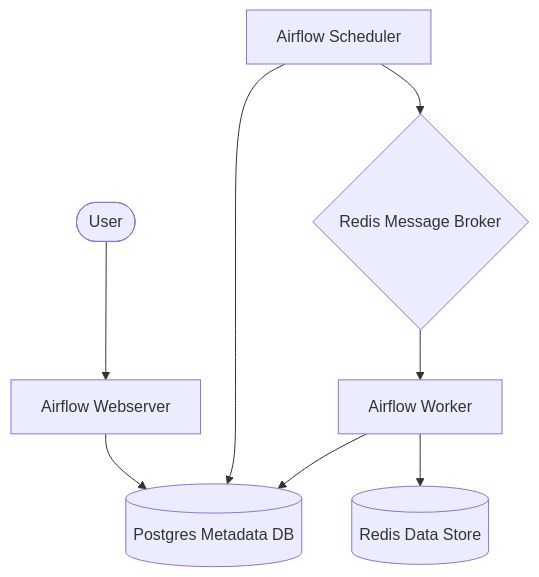
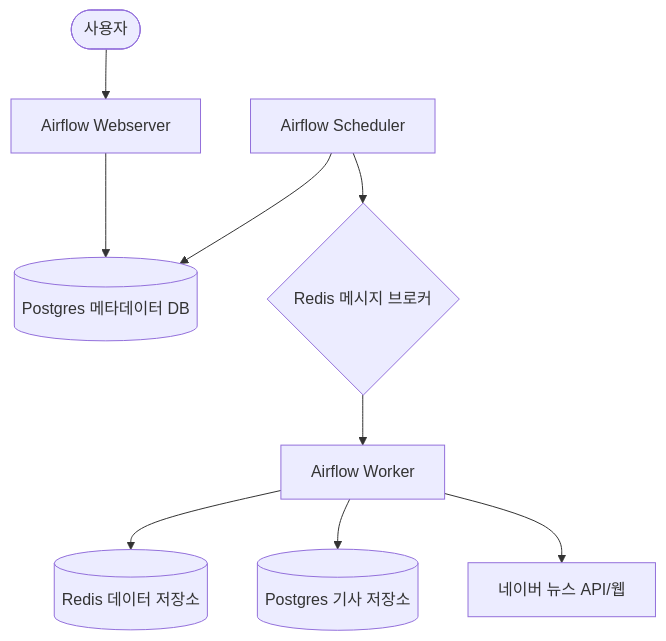
Before and after one commit to kwangwan/pipeline: the diagram in ARCHITECTURE.md, drawn with Mermaid. The commit also changed other lines of this file and 3 other files, not shown here.

Commit message:
feat: implement naver news article crawler and cleanup example files

````diff
--- a/ARCHITECTURE.md
+++ b/ARCHITECTURE.md
@@ -9,10 +9,11 @@
 ```mermaid
 graph TD
-    User([User]) --> Webserver[Airflow Webserver]
-    Webserver --> DB[(Postgres Metadata DB)]
+    User([사용자]) --> Webserver[Airflow Webserver]
+    Webserver --> DB[(Postgres 메타데이터 DB)]
     Scheduler[Airflow Scheduler] --> DB
-    Scheduler --> RedisBroker{Redis Message Broker}
+    Scheduler --> RedisBroker{Redis 메시지 브로커}
     RedisBroker --> Worker[Airflow Worker]
-    Worker --> RedisStore[(Redis Data Store)]
-    Worker --> DB
+    Worker --> RedisStore[(Redis 데이터 저장소)]
+    Worker --> NewsDB[(Postgres 기사 저장소)]
+    Worker --> NaverNews[네이버 뉴스 API/웹]
 ```
````
